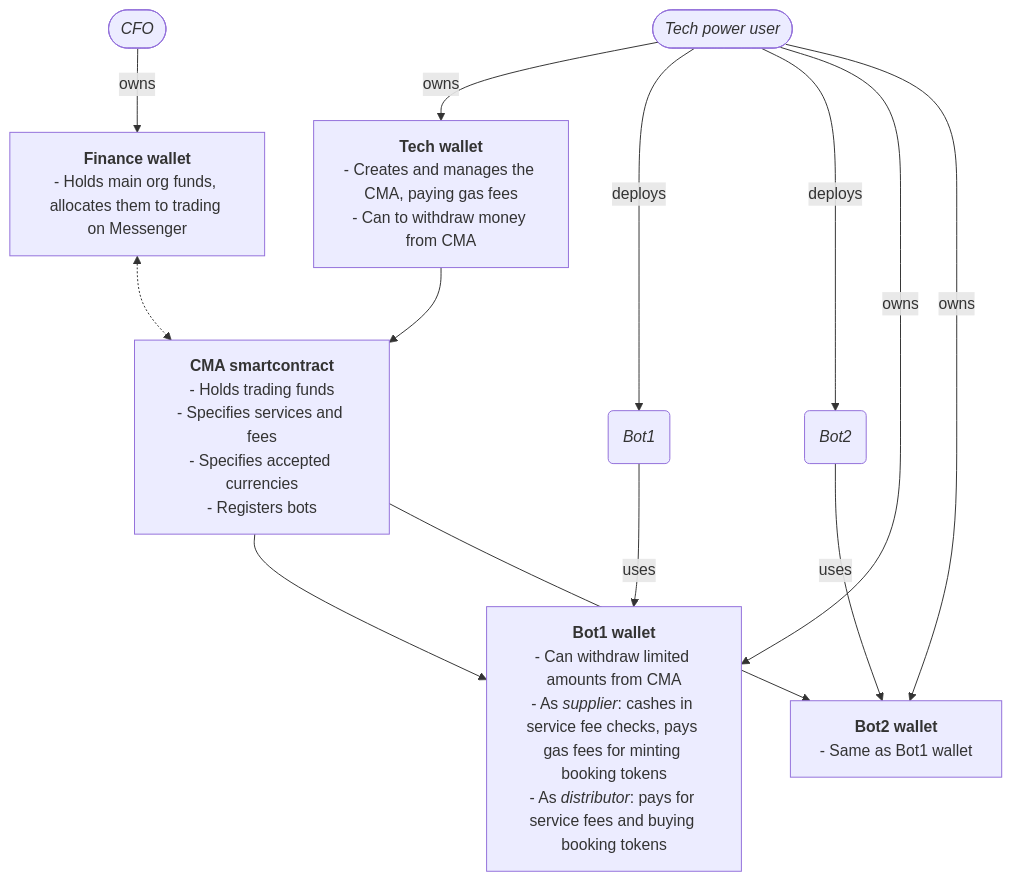
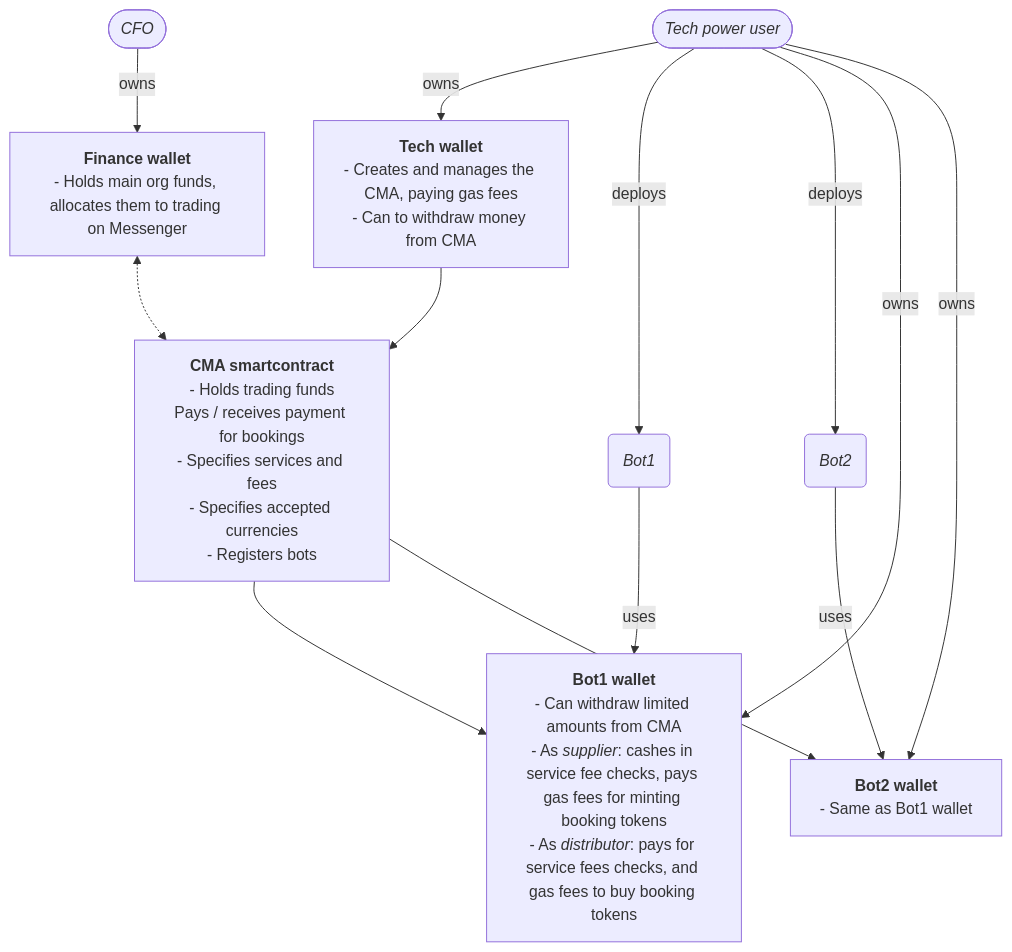
One commit to chain4travel/camino-docs changed the diagram in docs/partners/partner-config.md. Above: the diagram before and after it, drawn with Mermaid. The commit also changed other lines of this file and 1 other file, not shown here.

Commit message:
Fixed bots responsibilities, added reference to coming soon auto top-up, typos.

````diff
--- a/docs/partners/partner-config.md
+++ b/docs/partners/partner-config.md
@@ -46,15 +46,15 @@
 ```mermaid
 graph TD
     CFO([<i>CFO</i>]) --> |owns| FinanceWallet
     CTO([<i>Tech power user</i>]) --> |owns| TechWallet
     CTO --> |deploys| Bot1
     CTO --> |deploys| Bot2
     CTO --> |owns| Bot1Wallet
     CTO --> |owns| Bot2Wallet
     FinanceWallet[<b>Finance wallet</b><br/>- Holds main org funds, allocates them to trading on Messenger] <-.-> CMAccount
     TechWallet[<b>Tech wallet</b><br/>- Creates and manages the CMA, paying gas fees<br/>- Can to withdraw money from CMA] --> CMAccount
-    CMAccount[<b>CMA smartcontract</b><br/>- Holds trading funds<br/>- Specifies services and fees<br/>- Specifies accepted currencies<br>- Registers bots] --> Bot1Wallet
+    CMAccount[<b>CMA smartcontract</b><br/>- Holds trading funds<br/>Pays / receives payment for bookings<br/>- Specifies services and fees<br/>- Specifies accepted currencies<br/>- Registers bots] --> Bot1Wallet
     CMAccount --> Bot2Wallet
-    Bot1(<i>Bot1</i>) --> |uses| Bot1Wallet[<b>Bot1 wallet</b><br/>- Can withdraw limited amounts from CMA<br/>- As <i>supplier</i>: cashes in service fee checks, pays gas fees for minting booking tokens<br/>- As <i>distributor</i>: pays for service fees and buying booking tokens]
+    Bot1(<i>Bot1</i>) --> |uses| Bot1Wallet[<b>Bot1 wallet</b><br/>- Can withdraw limited amounts from CMA<br/>- As <i>supplier</i>: cashes in service fee checks, pays gas fees for minting booking tokens<br/>- As <i>distributor</i>: pays for service fees checks, and gas fees to buy booking tokens]
     Bot2(<i>Bot2</i>) --> |uses| Bot2Wallet[<b>Bot2 wallet</b><br/>- Same as Bot1 wallet]
 ```
````
